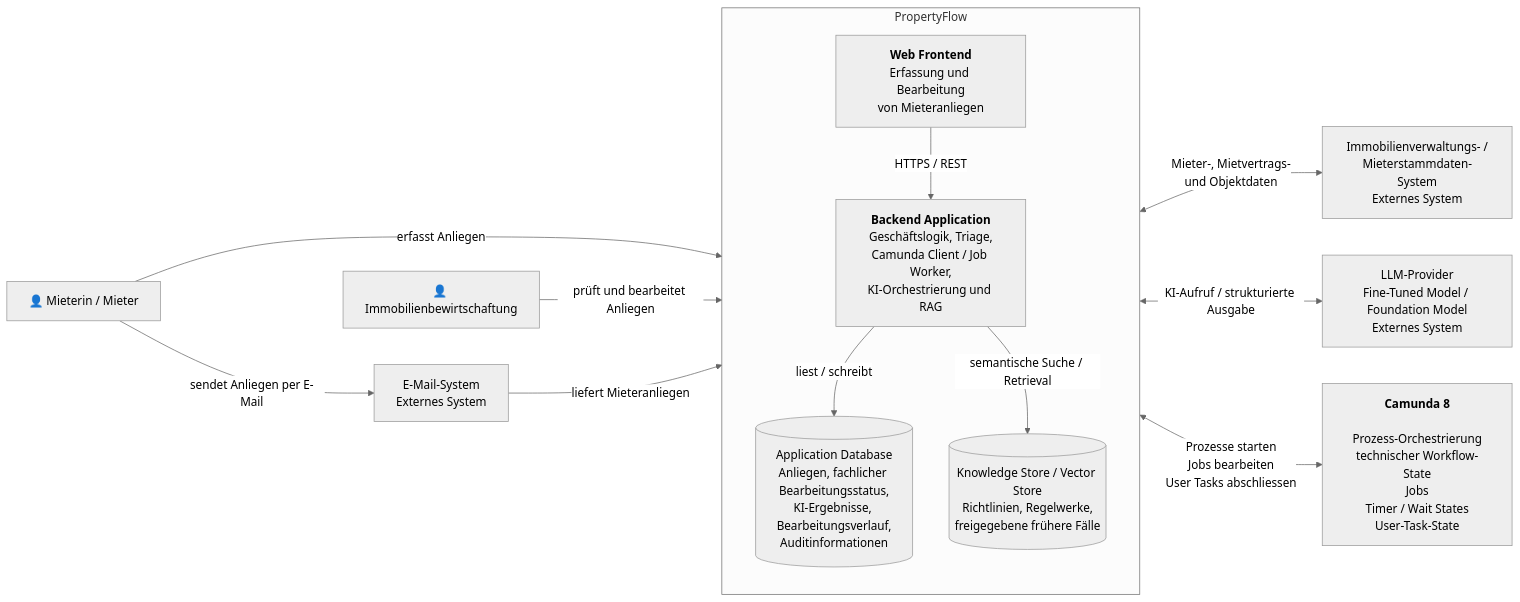
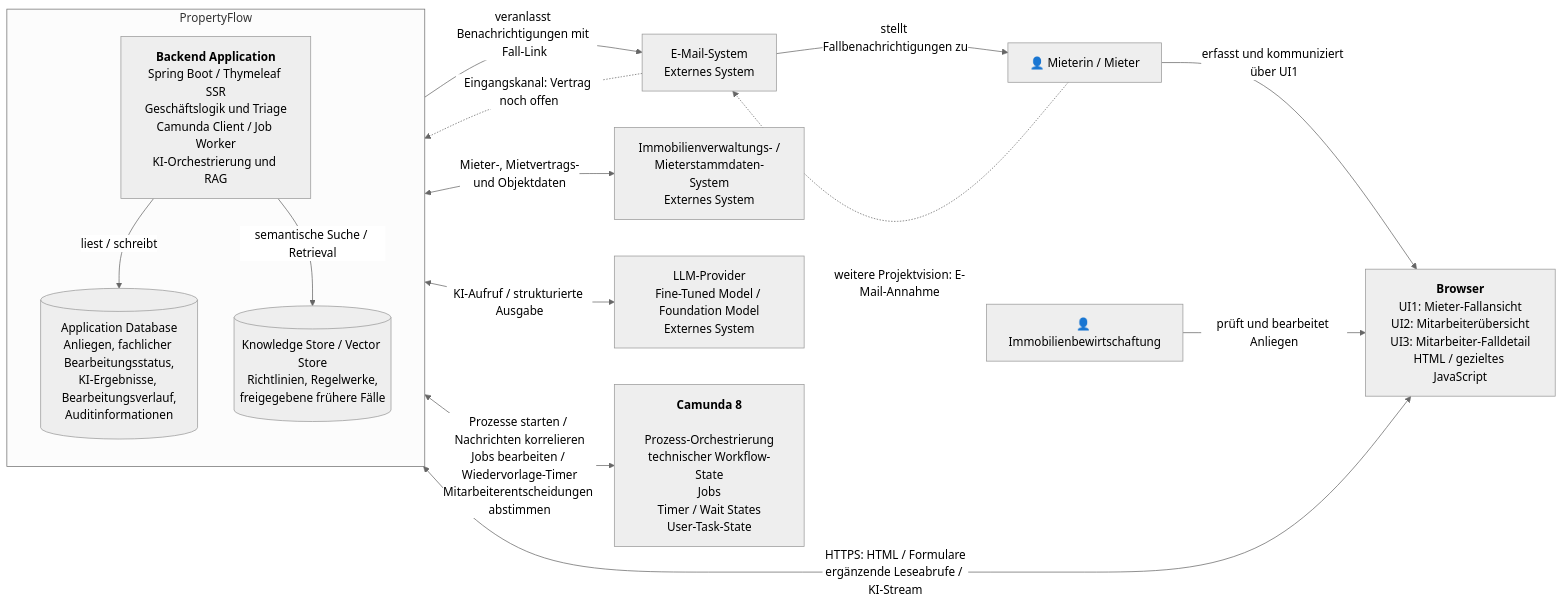
The diagram in docs/architecture/c4-container.md (permarco/propertyflow), drawn with Mermaid (neutral theme) before and after one commit. The commit also changed other lines of this file and 20 other files, not shown here.

````diff
--- a/docs/architecture/c4-container.md
+++ b/docs/architecture/c4-container.md
@@ -3,37 +8,39 @@
 ```mermaid
 flowchart LR
     MIETER["👤 Mieterin / Mieter"]
     BEWIRTSCHAFTER["👤 Immobilienbewirtschaftung"]
+
+    WEB["<b>Browser</b><br/>UI1: Mieter-Fallansicht<br/>UI2: Mitarbeiterübersicht<br/>UI3: Mitarbeiter-Falldetail<br/>HTML / gezieltes JavaScript"]
 
     MAIL["E-Mail-System<br/>Externes System"]
 
     ERP["Immobilienverwaltungs- /<br/>Mieterstammdaten-System<br/>Externes System"]
 
     LLM["LLM-Provider<br/>Fine-Tuned Model / Foundation Model<br/>Externes System"]
     
     CAMUNDA["<b>Camunda 8</b><br/><br/>Prozess-Orchestrierung<br/>technischer Workflow-State<br/>Jobs<br/>Timer / Wait States<br/>User-Task-State"]
     
     subgraph PF["PropertyFlow"]
         direction TB
 
-        WEB["<b>Web Frontend</b><br/>Erfassung und Bearbeitung<br/>von Mieteranliegen"]
-        
-        BACKEND["<b>Backend Application</b><br/>Geschäftslogik, Triage,<br/>Camunda Client / Job Worker,<br/>KI-Orchestrierung und RAG"]
+        BACKEND["<b>Backend Application</b><br/>Spring Boot / Thymeleaf SSR<br/>Geschäftslogik und Triage<br/>Camunda Client / Job Worker<br/>KI-Orchestrierung und RAG"]
 
         DB[("Application Database<br/>Anliegen, fachlicher Bearbeitungsstatus,<br/>KI-Ergebnisse, Bearbeitungsverlauf,<br/>Auditinformationen")]
 
         VS[("Knowledge Store / Vector Store<br/>Richtlinien, Regelwerke,<br/>freigegebene frühere Fälle")]
 
-        WEB -->|"HTTPS / REST"| BACKEND
         BACKEND -->|"liest / schreibt"| DB
         BACKEND -->|"semantische Suche / Retrieval"| VS
     end  
     
-    MIETER -->|"erfasst Anliegen"| WEB
-    MIETER -->|"sendet Anliegen per E-Mail"| MAIL
+    WEB <-->|"HTTPS: HTML / Formulare<br/>ergänzende Leseabrufe / KI-Stream"| BACKEND
+    MIETER -->|"erfasst und kommuniziert über UI1"| WEB
+    MIETER -.->|"weitere Projektvision: E-Mail-Annahme"| MAIL
     BEWIRTSCHAFTER -->|"prüft und bearbeitet Anliegen"| WEB
-    MAIL -->|"liefert Mieteranliegen"| BACKEND
+    MAIL -.->|"Eingangskanal: Vertrag noch offen"| BACKEND
+    BACKEND -->|"veranlasst Benachrichtigungen mit Fall-Link"| MAIL
+    MAIL -->|"stellt Fallbenachrichtigungen zu"| MIETER
     BACKEND <-->|"Mieter-, Mietvertrags-<br/>und Objektdaten"| ERP
     BACKEND <-->|"KI-Aufruf / strukturierte Ausgabe"| LLM
-    BACKEND <-->|"Prozesse starten<br/>Jobs bearbeiten<br/>User Tasks abschliessen"| CAMUNDA
+    BACKEND <-->|"Prozesse starten / Nachrichten korrelieren<br/>Jobs bearbeiten / Wiedervorlage-Timer<br/>Mitarbeiterentscheidungen abstimmen"| CAMUNDA
 ```
````
